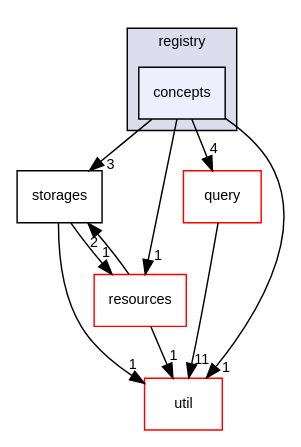
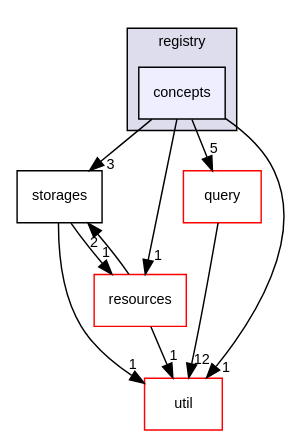
Before and after one commit to AndreasLrx/ecstasy: the diagram in dir_ad0f2e67b9fd29470a4755844bab987a_dep.dot, drawn with Graphviz. The commit also changed 967 other files, not shown here.

```diff
--- a/dir_ad0f2e67b9fd29470a4755844bab987a_dep.dot
+++ b/dir_ad0f2e67b9fd29470a4755844bab987a_dep.dot
@@ -1,22 +1,22 @@
 digraph "src/ecstasy/registry/concepts" {
   compound=true
   node [ fontsize="10", fontname="Helvetica"];
   edge [ labelfontsize="10", labelfontname="Helvetica"];
   subgraph clusterdir_27d9dd95bf0309eb27f3bb61fbabadeb {
     graph [ bgcolor="#ddddee", pencolor="black", label="registry" fontname="Helvetica", fontsize="10", URL="dir_27d9dd95bf0309eb27f3bb61fbabadeb.html"]
   dir_ad0f2e67b9fd29470a4755844bab987a [shape=box, label="concepts", style="filled", fillcolor="#eeeeff", pencolor="black", URL="dir_ad0f2e67b9fd29470a4755844bab987a.html"];
   }
   dir_4a1419ba0e8125a1fc6aeccf1492e850 [shape=box label="storages" URL="dir_4a1419ba0e8125a1fc6aeccf1492e850.html"];
   dir_5392b01d02c3d4d0985a94f633790057 [shape=box label="query" fillcolor="white" style="filled" color="red" URL="dir_5392b01d02c3d4d0985a94f633790057.html"];
   dir_8c1a170fbd0a5283d7ed264cf6df56b3 [shape=box label="resources" fillcolor="white" style="filled" color="red" URL="dir_8c1a170fbd0a5283d7ed264cf6df56b3.html"];
   dir_b7878ad5ecbf2506f4125b9d34c97e45 [shape=box label="util" fillcolor="white" style="filled" color="red" URL="dir_b7878ad5ecbf2506f4125b9d34c97e45.html"];
-  dir_5392b01d02c3d4d0985a94f633790057->dir_b7878ad5ecbf2506f4125b9d34c97e45 [headlabel="11", labeldistance=1.5 headhref="dir_000013_000027.html"];
+  dir_5392b01d02c3d4d0985a94f633790057->dir_b7878ad5ecbf2506f4125b9d34c97e45 [headlabel="12", labeldistance=1.5 headhref="dir_000013_000028.html"];
   dir_4a1419ba0e8125a1fc6aeccf1492e850->dir_8c1a170fbd0a5283d7ed264cf6df56b3 [headlabel="1", labeldistance=1.5 headhref="dir_000022_000020.html"];
-  dir_4a1419ba0e8125a1fc6aeccf1492e850->dir_b7878ad5ecbf2506f4125b9d34c97e45 [headlabel="1", labeldistance=1.5 headhref="dir_000022_000027.html"];
+  dir_4a1419ba0e8125a1fc6aeccf1492e850->dir_b7878ad5ecbf2506f4125b9d34c97e45 [headlabel="1", labeldistance=1.5 headhref="dir_000022_000028.html"];
   dir_8c1a170fbd0a5283d7ed264cf6df56b3->dir_4a1419ba0e8125a1fc6aeccf1492e850 [headlabel="2", labeldistance=1.5 headhref="dir_000020_000022.html"];
-  dir_8c1a170fbd0a5283d7ed264cf6df56b3->dir_b7878ad5ecbf2506f4125b9d34c97e45 [headlabel="1", labeldistance=1.5 headhref="dir_000020_000027.html"];
+  dir_8c1a170fbd0a5283d7ed264cf6df56b3->dir_b7878ad5ecbf2506f4125b9d34c97e45 [headlabel="1", labeldistance=1.5 headhref="dir_000020_000028.html"];
   dir_ad0f2e67b9fd29470a4755844bab987a->dir_4a1419ba0e8125a1fc6aeccf1492e850 [headlabel="3", labeldistance=1.5 headhref="dir_000018_000022.html"];
-  dir_ad0f2e67b9fd29470a4755844bab987a->dir_5392b01d02c3d4d0985a94f633790057 [headlabel="4", labeldistance=1.5 headhref="dir_000018_000013.html"];
+  dir_ad0f2e67b9fd29470a4755844bab987a->dir_5392b01d02c3d4d0985a94f633790057 [headlabel="5", labeldistance=1.5 headhref="dir_000018_000013.html"];
   dir_ad0f2e67b9fd29470a4755844bab987a->dir_8c1a170fbd0a5283d7ed264cf6df56b3 [headlabel="1", labeldistance=1.5 headhref="dir_000018_000020.html"];
-  dir_ad0f2e67b9fd29470a4755844bab987a->dir_b7878ad5ecbf2506f4125b9d34c97e45 [headlabel="1", labeldistance=1.5 headhref="dir_000018_000027.html"];
+  dir_ad0f2e67b9fd29470a4755844bab987a->dir_b7878ad5ecbf2506f4125b9d34c97e45 [headlabel="1", labeldistance=1.5 headhref="dir_000018_000028.html"];
 }
```
